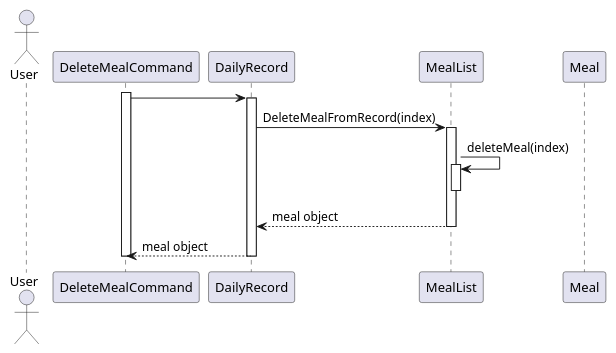
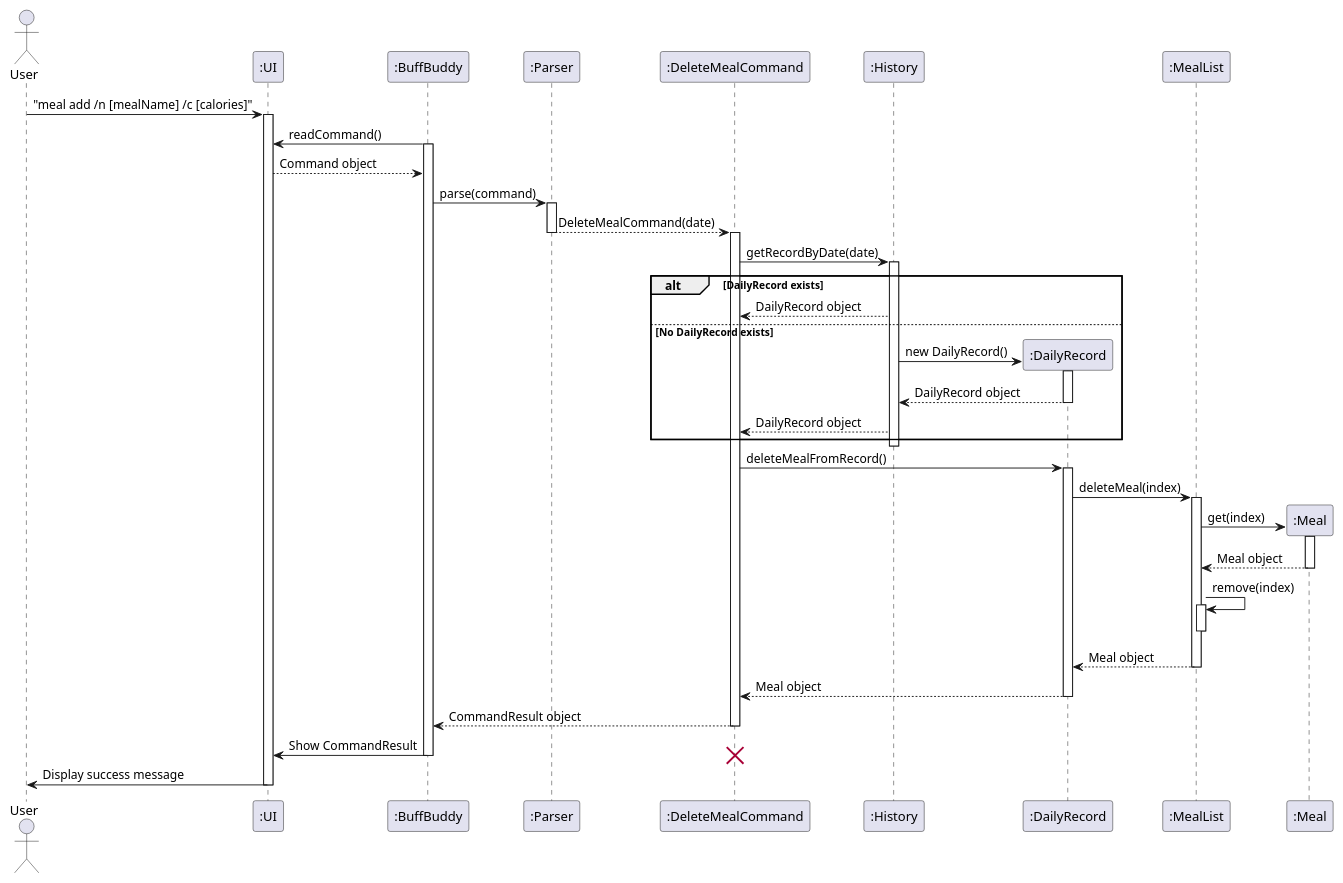
One commit to nus-cs2113-AY2425S1/tp changed the diagram in docs/diagrams/deleteMealSequenceDiagram.puml. Above: the diagram before and after it, drawn with PlantUML. The commit also changed 5 other files, not shown here.

Commit message:
Edited Meal sequence diagrams

```diff
--- a/docs/diagrams/deleteMealSequenceDiagram.puml
+++ b/docs/diagrams/deleteMealSequenceDiagram.puml
@@ -1,26 +1,71 @@
 @startuml
 actor User
-participant "DeleteMealCommand" as DeleteCmd
-participant "DailyRecord" as DailyRec
-participant "MealList" as MealList
-participant "Meal" as Meal
+participant ":UI" as UI
+participant ":BuffBuddy" as BB
+participant ":Parser" as Parser
+participant ":DeleteMealCommand" as DeleteCmd
+participant ":History" as History
+participant ":DailyRecord" as DailyRec
+participant ":MealList" as MealList
+participant ":Meal" as Meal
 
+User -> UI: "meal add /n [mealName] /c [calories]"
+activate UI
+BB -> UI: readCommand()
+activate BB
+UI --> BB: Command object
+BB -> Parser: parse(command)
+activate Parser
+
+Parser --> DeleteCmd: DeleteMealCommand(date)
+deactivate Parser
 activate DeleteCmd
-DeleteCmd -> DailyRec:
+
+DeleteCmd -> History: getRecordByDate(date)
+activate History
+
+alt DailyRecord exists
+  History --> DeleteCmd: DailyRecord object
+else No DailyRecord exists
+create DailyRec
+  History -> DailyRec: new DailyRecord()
+  activate DailyRec
+  DailyRec --> History : DailyRecord object
+  deactivate DailyRec
+  History --> DeleteCmd : DailyRecord object
+end
+deactivate History
+
+DeleteCmd -> DailyRec: deleteMealFromRecord()
 activate DailyRec
+DailyRec -> MealList: deleteMeal(index)
 
-DailyRec -> MealList: DeleteMealFromRecord(index)
+create Meal
 activate MealList
-MealList -> MealList: deleteMeal(index)
+MealList -> Meal: get(index)
+activate Meal
+Meal --> MealList: Meal object
+deactivate Meal
+
+MealList -> MealList: remove(index)
 activate MealList
 
+
 deactivate MealList
-MealList --> DailyRec: meal object
+MealList --> DailyRec: Meal object
 deactivate MealList
+DailyRec --> DeleteCmd : Meal object
+
+deactivate DailyRec
 
 
-DailyRec --> DeleteCmd: meal object
-deactivate DailyRec
+DeleteCmd --> BB: CommandResult object
+deactivate DeleteCmd
 
-deactivate DeleteCmd
+BB -> UI: Show CommandResult
+deactivate BB
+destroy DeleteCmd
+
+UI -> User: Display success message
+deactivate UI
 @enduml
```
